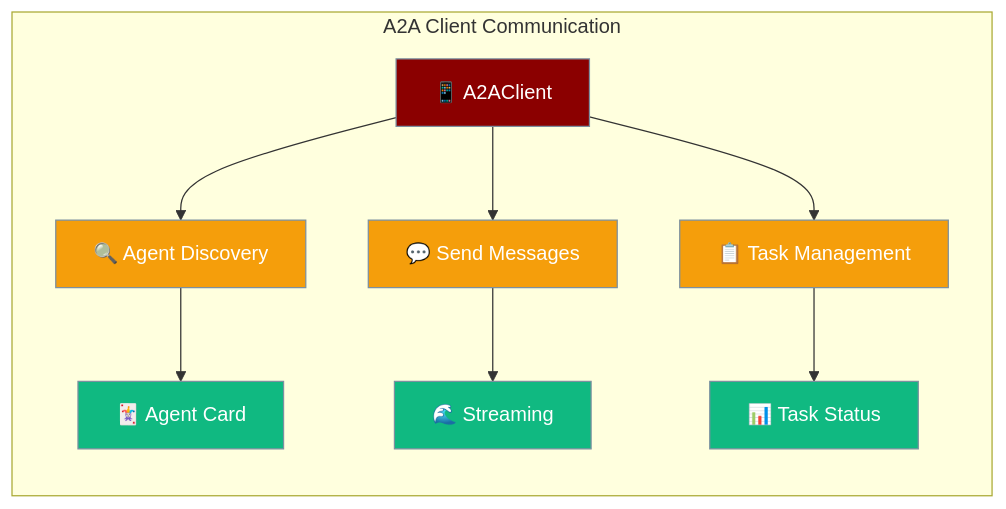
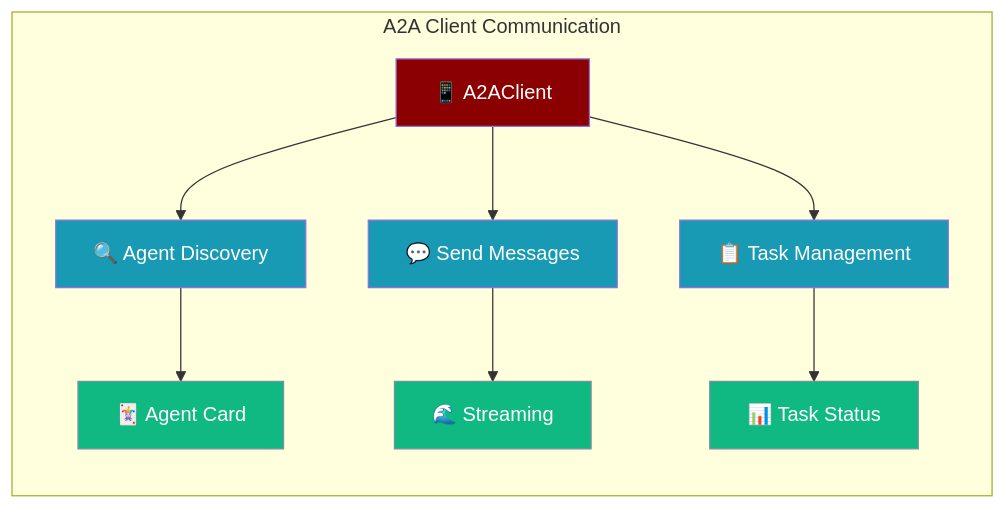
The first of 2 diagrams in docs/features/a2a-client.mdx (MervinPraison/PraisonAIDocs), drawn with Mermaid before and after one commit. The commit also changed 13 other files, not shown here.

````diff
--- a/docs/features/a2a-client.mdx
+++ b/docs/features/a2a-client.mdx
@@ -10,19 +10,21 @@
 ```mermaid
 graph LR
     subgraph "A2A Client Communication"
         Client[📱 A2AClient] --> Discovery[🔍 Agent Discovery]
         Client --> Messaging[💬 Send Messages]  
         Client --> Tasks[📋 Task Management]
         Discovery --> Card[🃏 Agent Card]
         Messaging --> Stream[🌊 Streaming]
         Tasks --> Status[📊 Task Status]
     end
     
-    classDef client fill:#8B0000,stroke:#7C90A0,color:#fff
+    classDef client fill:#6366F1,stroke:#7C90A0,color:#fff
     classDef process fill:#F59E0B,stroke:#7C90A0,color:#fff
     classDef result fill:#10B981,stroke:#7C90A0,color:#fff
+    classDef agent fill:#8B0000,color:#fff
+    classDef tool fill:#189AB4,color:#fff
     
-    class Client client
-    class Discovery,Messaging,Tasks process
+    class Client agent
+    class Discovery,Messaging,Tasks tool
     class Card,Stream,Status result
 ```
````
